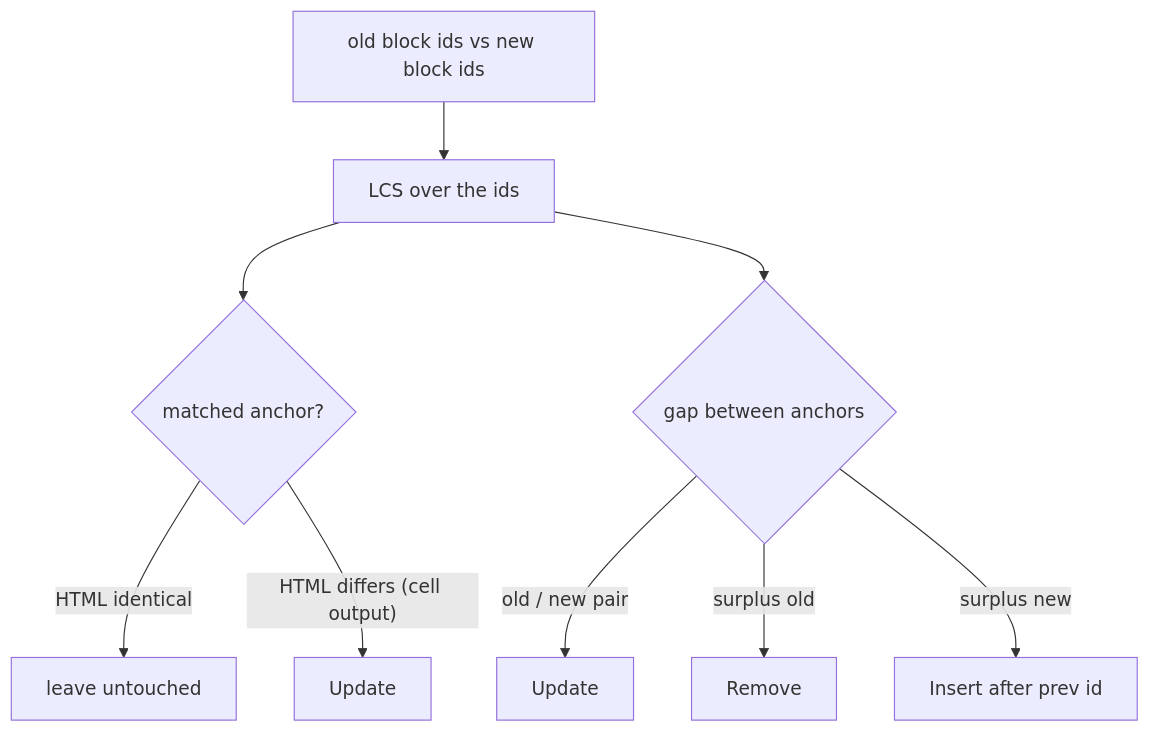
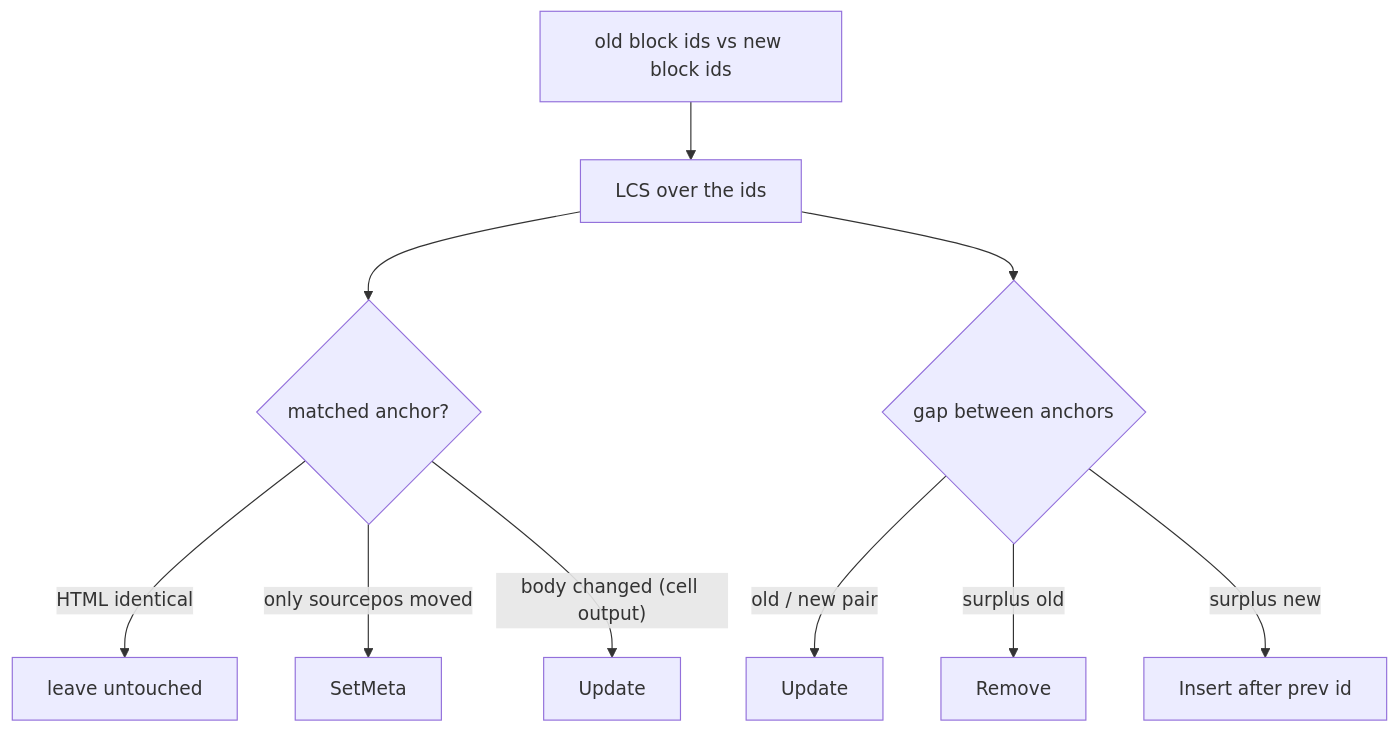
The diagram in docs/internals/block-model.qmd (AJBogo9/taliesin), drawn with Mermaid before and after one commit. The commit also changed other lines of this file and 15 other files, not shown here.

````diff
--- a/docs/internals/block-model.qmd
+++ b/docs/internals/block-model.qmd
@@ -46,13 +52,14 @@
 ```{mermaid}
 %%| label: fig-diff
-%%| fig-cap: "How diff_blocks turns two block-id lists into DOM ops. Matched anchors are normally left alone (so scroll + live state survive); only the gaps between them, and derived anchors whose HTML changed, cross the wire."
+%%| fig-cap: "How diff_blocks turns two block-id lists into DOM ops. Matched anchors are normally left alone (so scroll + live state survive); only the gaps between them, plus anchors whose source position shifted (SetMeta) or whose body changed (Update), cross the wire."
 flowchart TD
   lists["old block ids vs new block ids"] --> lcs["LCS over the ids"]
   lcs --> anchor{"matched anchor?"}
   anchor -->|"HTML identical"| keep["leave untouched"]
-  anchor -->|"HTML differs (cell output)"| u1["Update"]
+  anchor -->|"only sourcepos moved"| sm["SetMeta"]
+  anchor -->|"body changed (cell output)"| u1["Update"]
   lcs --> gap{"gap between anchors"}
   gap -->|"old / new pair"| u2["Update"]
   gap -->|"surplus old"| rem["Remove"]
   gap -->|"surplus new"| ins["Insert after prev id"]
 ```
````
